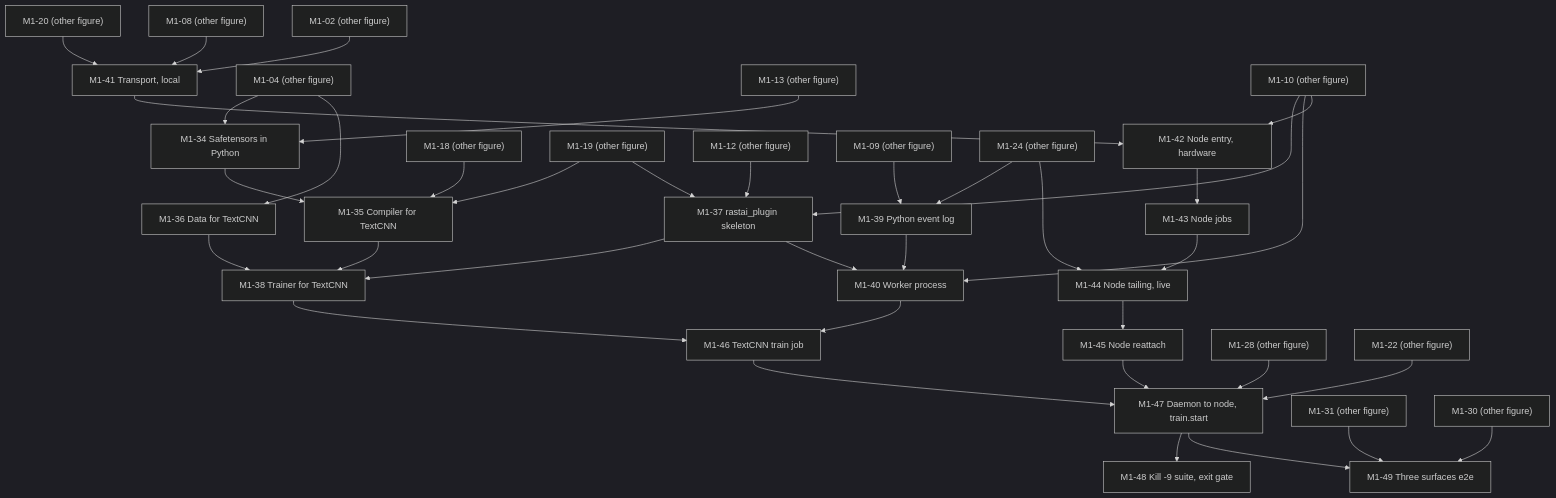
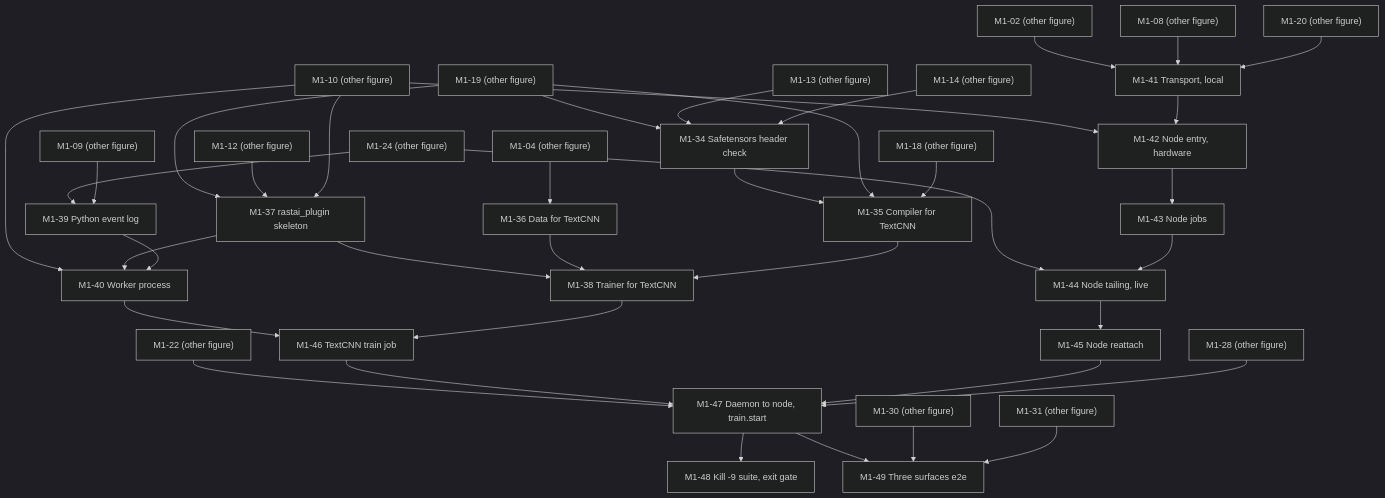
Before and after one commit to Snubiss/RASTAI-Research-Studio: the fourth of 6 diagrams in docs/plan/implementation-plan.md, drawn with Mermaid (dark theme). The commit also changed other lines of this file and 44 other files, not shown here.

````diff
--- a/docs/plan/implementation-plan.md
+++ b/docs/plan/implementation-plan.md
@@ -426,70 +460,72 @@
 ```mermaid
 flowchart TD
-  M1_34["M1-34 Safetensors in Python"]
+  M1_34["M1-34 Safetensors header check"]
   M1_35["M1-35 Compiler for TextCNN"]
   M1_36["M1-36 Data for TextCNN"]
   M1_37["M1-37 rastai_plugin skeleton"]
   M1_38["M1-38 Trainer for TextCNN"]
   M1_39["M1-39 Python event log"]
   M1_40["M1-40 Worker process"]
   M1_41["M1-41 Transport, local"]
   M1_42["M1-42 Node entry, hardware"]
   M1_43["M1-43 Node jobs"]
   M1_44["M1-44 Node tailing, live"]
   M1_45["M1-45 Node reattach"]
   M1_46["M1-46 TextCNN train job"]
   M1_47["M1-47 Daemon to node, train.start"]
   M1_48["M1-48 Kill -9 suite, exit gate"]
   M1_49["M1-49 Three surfaces e2e"]
   M1_04["M1-04 (other figure)"]
   M1_13["M1-13 (other figure)"]
+  M1_14["M1-14 (other figure)"]
   M1_18["M1-18 (other figure)"]
   M1_19["M1-19 (other figure)"]
   M1_10["M1-10 (other figure)"]
   M1_12["M1-12 (other figure)"]
   M1_09["M1-09 (other figure)"]
   M1_24["M1-24 (other figure)"]
   M1_20["M1-20 (other figure)"]
   M1_08["M1-08 (other figure)"]
   M1_02["M1-02 (other figure)"]
   M1_28["M1-28 (other figure)"]
   M1_22["M1-22 (other figure)"]
   M1_31["M1-31 (other figure)"]
   M1_30["M1-30 (other figure)"]
-  M1_04 --> M1_34
+  M1_14 --> M1_34
   M1_13 --> M1_34
+  M1_19 --> M1_34
   M1_18 --> M1_35
   M1_19 --> M1_35
   M1_34 --> M1_35
   M1_04 --> M1_36
   M1_10 --> M1_37
   M1_12 --> M1_37
   M1_19 --> M1_37
   M1_35 --> M1_38
   M1_36 --> M1_38
   M1_37 --> M1_38
   M1_09 --> M1_39
   M1_24 --> M1_39
   M1_39 --> M1_40
   M1_37 --> M1_40
   M1_10 --> M1_40
   M1_20 --> M1_41
   M1_08 --> M1_41
   M1_02 --> M1_41
   M1_41 --> M1_42
   M1_10 --> M1_42
   M1_42 --> M1_43
   M1_43 --> M1_44
   M1_24 --> M1_44
   M1_44 --> M1_45
   M1_38 --> M1_46
   M1_40 --> M1_46
   M1_28 --> M1_47
   M1_45 --> M1_47
   M1_46 --> M1_47
   M1_22 --> M1_47
   M1_47 --> M1_48
   M1_31 --> M1_49
   M1_30 --> M1_49
   M1_47 --> M1_49
 ```
````
